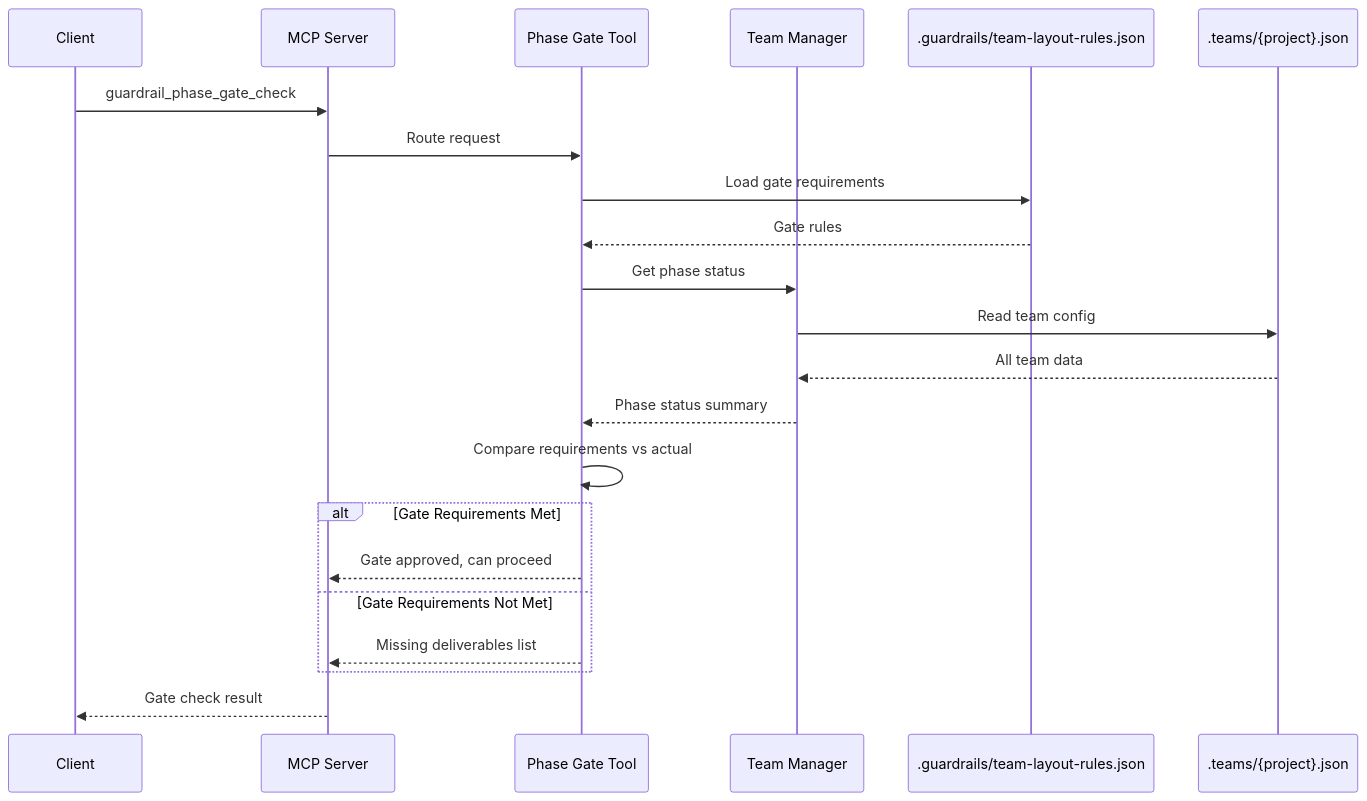
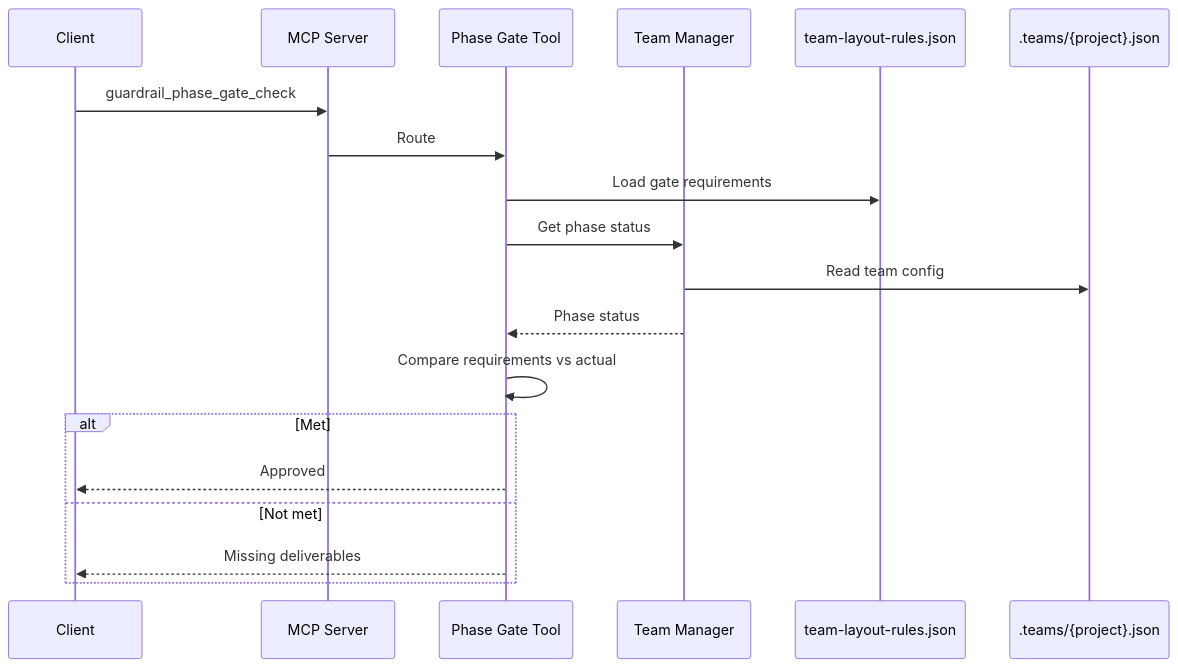
The fourth of 9 diagrams in docs/architecture/system-architecture.md (TheArchitectit/agent-guardrails-template), drawn with Mermaid before and after one commit. The commit also changed other lines of this file and 15 other files, not shown here.

First line of the commit message:
docs: rewrite architecture doc under 500 lines with corrected facts

````diff
--- a/docs/architecture/system-architecture.md
+++ b/docs/architecture/system-architecture.md
@@ -257,30 +114,21 @@
 ```mermaid
 sequenceDiagram
-    participant Client as Client
+    participant Client
     participant Server as MCP Server
     participant GateTool as Phase Gate Tool
     participant TeamMgr as Team Manager
-    participant Rules as .guardrails/team-layout-rules.json
+    participant Rules as team-layout-rules.json
     participant Config as .teams/{project}.json
-
     Client->>Server: guardrail_phase_gate_check
-    Server->>GateTool: Route request
+    Server->>GateTool: Route
     GateTool->>Rules: Load gate requirements
-    Rules-->>GateTool: Gate rules
-
     GateTool->>TeamMgr: Get phase status
     TeamMgr->>Config: Read team config
-    Config-->>TeamMgr: All team data
-
-    TeamMgr-->>GateTool: Phase status summary
-
+    TeamMgr-->>GateTool: Phase status
     GateTool->>GateTool: Compare requirements vs actual
-
-    alt Gate Requirements Met
-        GateTool-->>Server: Gate approved, can proceed
-    else Gate Requirements Not Met
-        GateTool-->>Server: Missing deliverables list
+    alt Met
+        GateTool-->>Client: Approved
+    else Not met
+        GateTool-->>Client: Missing deliverables
     end
-
-    Server-->>Client: Gate check result
 ```
````
